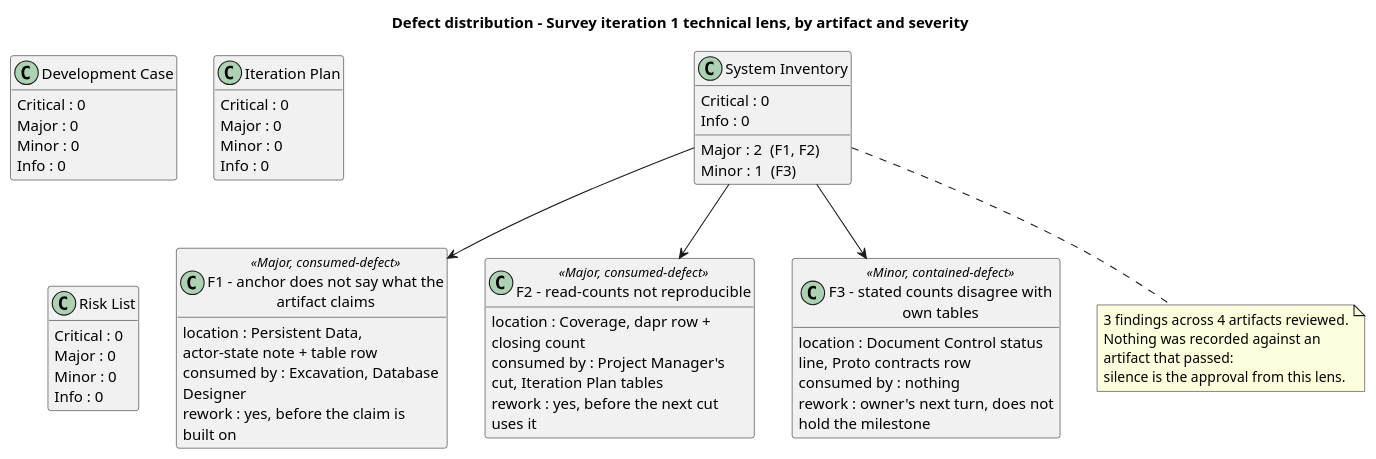
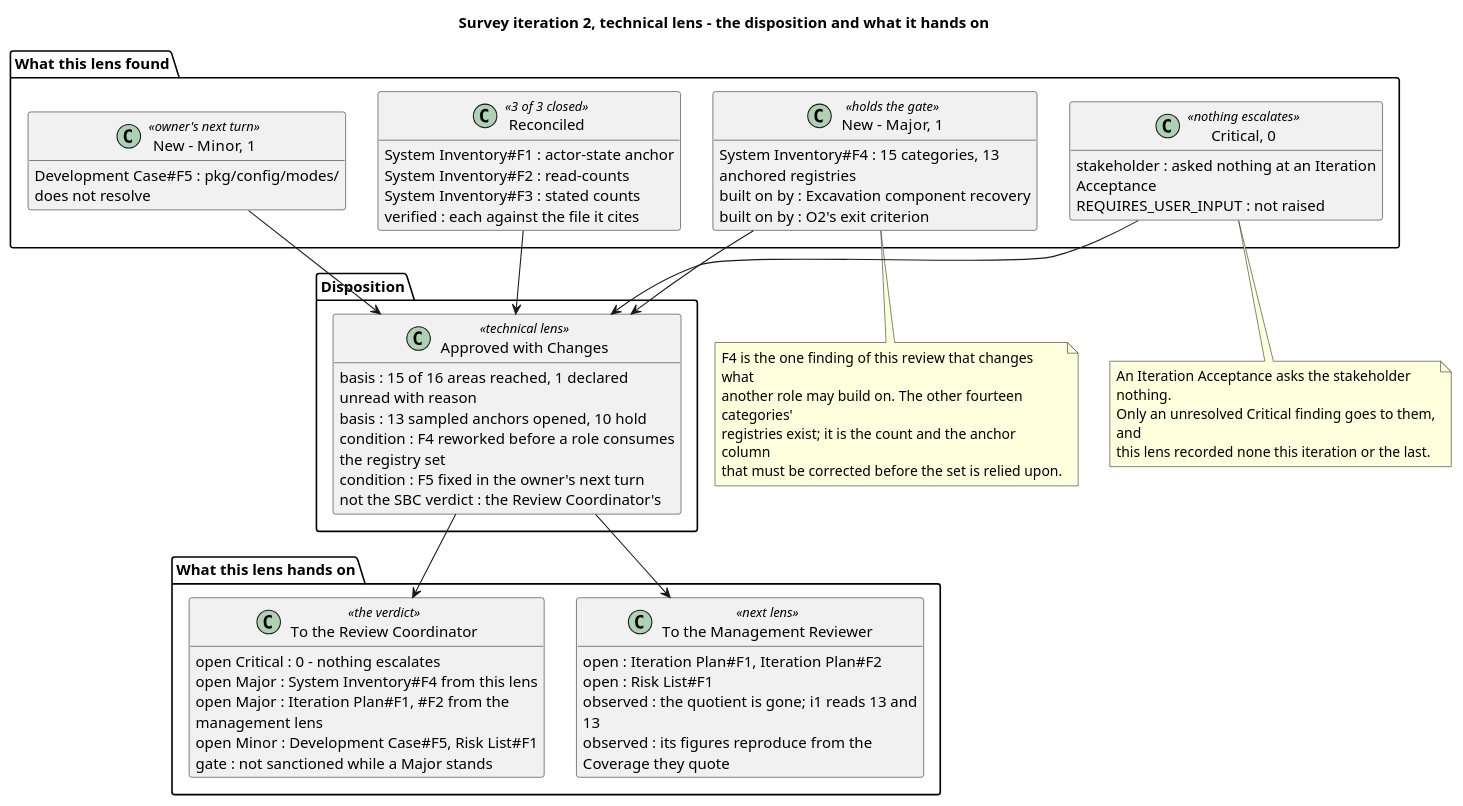
The ninth of 13 diagrams in docs/artifacts/project-management/review-record.md (banense-test/dapr), drawn with PlantUML before and after one commit. The commit also changed other lines of this file, not shown here.

Commit message:
Reviewer [Survey2]: upsert Review Record
[skip ci]

````diff
--- a/docs/artifacts/project-management/review-record.md
+++ b/docs/artifacts/project-management/review-record.md
@@ -1013,63 +1026,76 @@
 ```plantuml
 @startuml
-title Defect distribution - Survey iteration 1 technical lens, by artifact and severity
+title Survey iteration 2, technical lens - the disposition and what it hands on
 hide empty members
-skinparam wrapWidth 240
+skinparam classAttributeIconSize 0
+skinparam wrapWidth 320
+skinparam nodesep 30
+skinparam ranksep 42
 
-class "System Inventory" as SI {
-  Critical : 0
-  Major : 2  (F1, F2)
-  Minor : 1  (F3)
-  Info : 0
+package "What this lens found" {
+  class "Reconciled" as REC <<3 of 3 closed>> {
+    System Inventory#F1 : actor-state anchor
+    System Inventory#F2 : read-counts
+    System Inventory#F3 : stated counts
+    verified : each against the file it cites
+  }
+  class "New - Major, 1" as NEWM <<holds the gate>> {
+    System Inventory#F4 : 15 categories, 13 anchored registries
+    built on by : Excavation component recovery
+    built on by : O2's exit criterion
+  }
+  class "New - Minor, 1" as NEWN <<owner's next turn>> {
+    Development Case#F5 : pkg/config/modes/ does not resolve
+  }
+  class "Critical, 0" as CRIT <<nothing escalates>> {
+    stakeholder : asked nothing at an Iteration Acceptance
+    REQUIRES_USER_INPUT : not raised
+  }
 }
 
-class "Development Case" as DC {
-  Critical : 0
-  Major : 0
-  Minor : 0
-  Info : 0
+package "Disposition" {
+  class "Approved with Changes" as VERD <<technical lens>> {
+    basis : 15 of 16 areas reached, 1 declared unread with reason
+    basis : 13 sampled anchors opened, 10 hold
+    condition : F4 reworked before a role consumes the registry set
+    condition : F5 fixed in the owner's next turn
+    not the SBC verdict : the Review Coordinator's
+  }
 }
 
-class "Iteration Plan" as IP {
-  Critical : 0
-  Major : 0
-  Minor : 0
-  Info : 0
+package "What this lens hands on" {
+  class "To the Management Reviewer" as NEXT <<next lens>> {
+    open : Iteration Plan#F1, Iteration Plan#F2
+    open : Risk List#F1
+    observed : the quotient is gone; i1 reads 13 and 13
+    observed : its figures reproduce from the Coverage they quote
+  }
+  class "To the Review Coordinator" as COORD <<the verdict>> {
+    open Critical : 0 - nothing escalates
+    open Major : System Inventory#F4 from this lens
+    open Major : Iteration Plan#F1, #F2 from the management lens
+    open Minor : Development Case#F5, Risk List#F1
+    gate : not sanctioned while a Major stands
+  }
 }
 
-class "Risk List" as RL {
-  Critical : 0
-  Major : 0
-  Minor : 0
-  Info : 0
-}
+REC --> VERD
+NEWM --> VERD
+NEWN --> VERD
+CRIT --> VERD
+VERD --> NEXT
+VERD --> COORD
 
-class "F1 - anchor does not say what the artifact claims" as F1 <<Major, consumed-defect>> {
-  location : Persistent Data, actor-state note + table row
-  consumed by : Excavation, Database Designer
-  rework : yes, before the claim is built on
-}
-
-class "F2 - read-counts not reproducible" as F2 <<Major, consumed-defect>> {
-  location : Coverage, dapr row + closing count
-  consumed by : Project Manager's cut, Iteration Plan tables
-  rework : yes, before the next cut uses it
-}
-
-class "F3 - stated counts disagree with own tables" as F3 <<Minor, contained-defect>> {
-  location : Document Control status line, Proto contracts row
-  consumed by : nothing
-  rework : owner's next turn, does not hold the milestone
-}
-
-SI --> F1
-SI --> F2
-SI --> F3
-
-note bottom of SI
-  3 findings across 4 artifacts reviewed.
-  Nothing was recorded against an artifact that passed:
-  silence is the approval from this lens.
+note bottom of NEWM
+  F4 is the one finding of this review that changes what
+  another role may build on. The other fourteen categories'
+  registries exist; it is the count and the anchor column
+  that must be corrected before the set is relied upon.
+end note
+note bottom of CRIT
+  An Iteration Acceptance asks the stakeholder nothing.
+  Only an unresolved Critical finding goes to them, and
+  this lens recorded none this iteration or the last.
 end note
 @enduml
 ```
````
